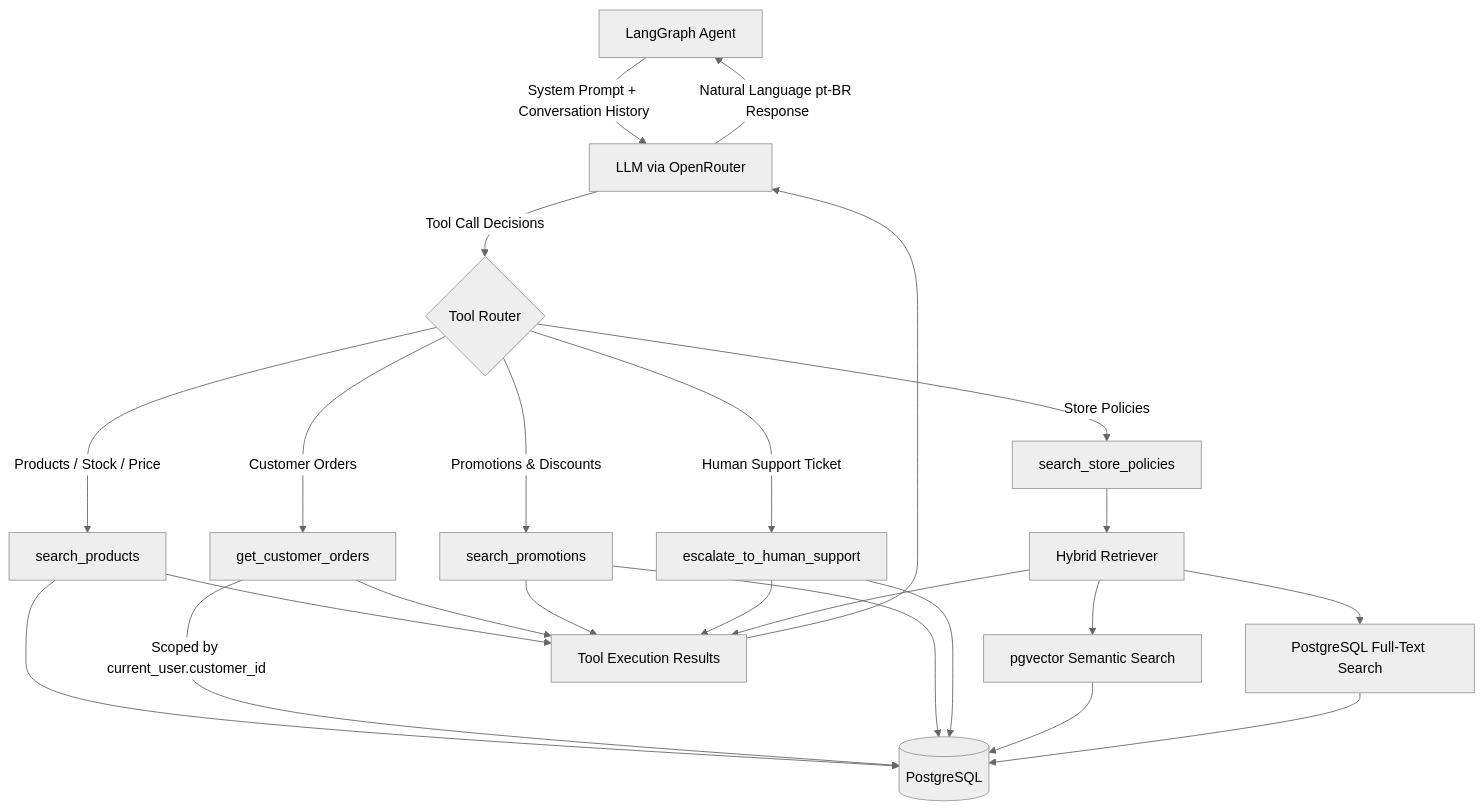
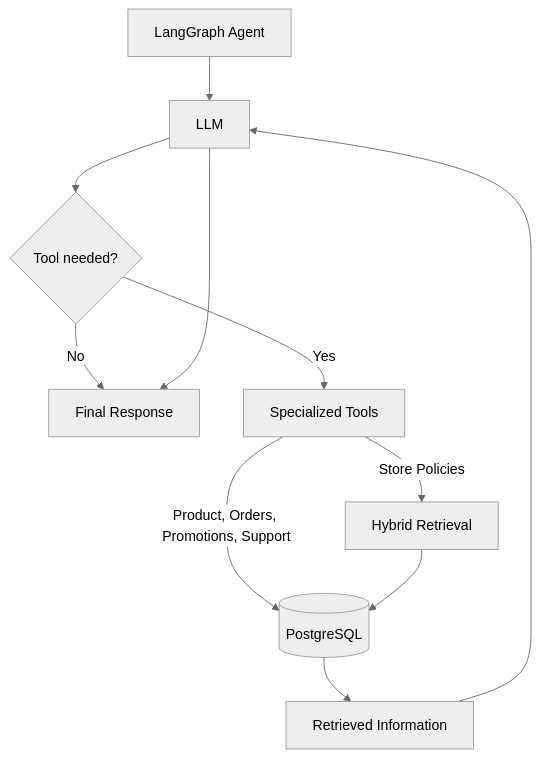
The second of 2 diagrams in README.md (Bernardons04/emporio-platform), drawn with Mermaid (neutral theme) before and after one commit. The commit also changed other lines of this file, not shown here.

Commit message:
docs: simplify architecture diagrams

````diff
--- a/README.md
+++ b/README.md
@@ -93,31 +89,13 @@
 ```mermaid
 flowchart TD
-    Agent[LangGraph Agent] -->|System Prompt + Conversation History| LLM[LLM via OpenRouter]
-    LLM -->|Tool Call Decisions| Router{Tool Router}
-
-    Router -->|Products / Stock / Price| Products[search_products]
-    Router -->|Customer Orders| Orders[get_customer_orders]
-    Router -->|Promotions & Discounts| Promotions[search_promotions]
-    Router -->|Store Policies| Policies[search_store_policies]
-    Router -->|Human Support Ticket| Support[escalate_to_human_support]
-
-    Products --> DB[(PostgreSQL)]
-    Orders -->|Scoped by current_user.customer_id| DB
-    Promotions --> DB
-    Support --> DB
-
-    Policies --> Retriever[Hybrid Retriever]
-    Retriever --> Vector[pgvector Semantic Search]
-    Retriever --> FTS[PostgreSQL Full-Text Search]
-    Vector --> DB
-    FTS --> DB
-
-    Products --> Results[Tool Execution Results]
-    Orders --> Results
-    Promotions --> Results
-    Support --> Results
-    Retriever --> Results
-
+    Agent[LangGraph Agent] --> LLM[LLM]
+    LLM --> Decision{Tool needed?}
+    Decision -->|No| Response[Final Response]
+    Decision -->|Yes| Tools[Specialized Tools]
+    Tools -->|Product, Orders, Promotions, Support| DB[(PostgreSQL)]
+    Tools -->|Store Policies| RAG[Hybrid Retrieval]
+    RAG --> DB
+    DB --> Results[Retrieved Information]
     Results --> LLM
-    LLM -->|Natural Language pt-BR Response| Agent
+    LLM --> Response
 ```
````
